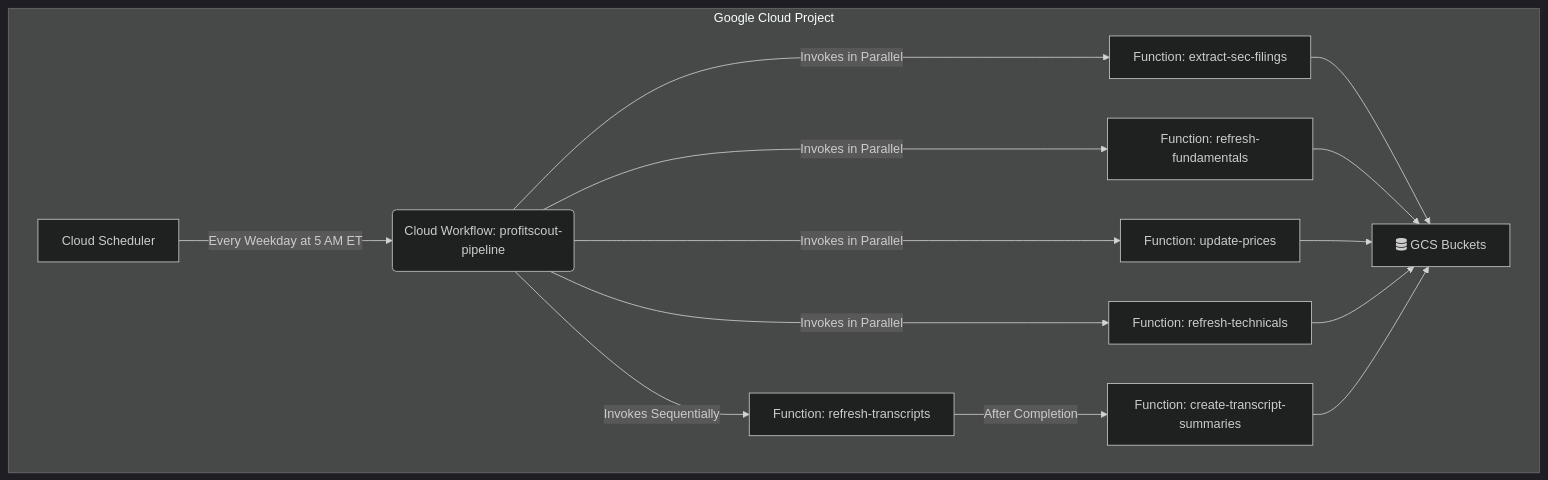
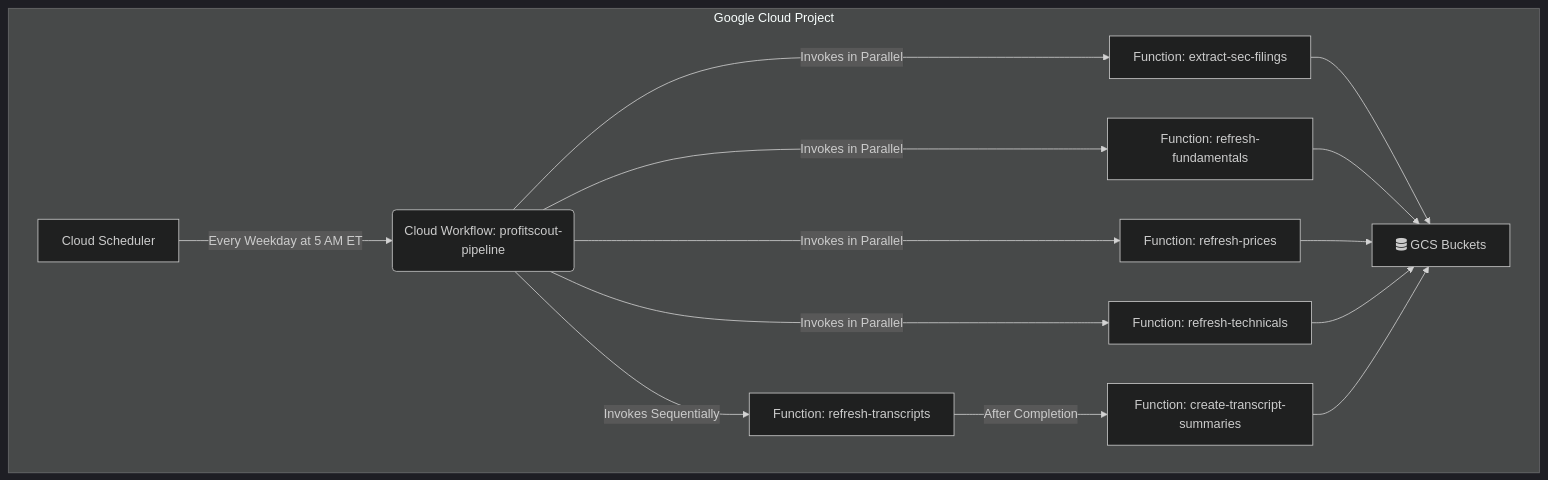
Before and after one commit to DevDizzle/profitscout-engine: the diagram in README.md, drawn with Mermaid (dark theme). The commit also changed other lines of this file, not shown here.

````diff
--- a/README.md
+++ b/README.md
@@ -24,20 +24,20 @@
 ```mermaid
 graph TD
     subgraph "Google Cloud Project"
         A[Cloud Scheduler] -->|Every Weekday at 5 AM ET| B(Cloud Workflow: profitscout-pipeline);
 
         B -->|Invokes in Parallel| C1[Function: extract-sec-filings];
         B -->|Invokes in Parallel| C2[Function: refresh-fundamentals];
-        B -->|Invokes in Parallel| C3[Function: update-prices];
+        B -->|Invokes in Parallel| C3[Function: refresh-prices];
         B -->|Invokes in Parallel| C4[Function: refresh-technicals];
 
         B -->|Invokes Sequentially| D1[Function: refresh-transcripts];
         D1 -->|After Completion| D2[Function: create-transcript-summaries];
 
         C1 --> E[(Cloud Storage)];
         C2 --> E;
         C3 --> E;
         C4 --> E;
         D2 --> E[fa:fa-database GCS Buckets];
     end
 ```
````
